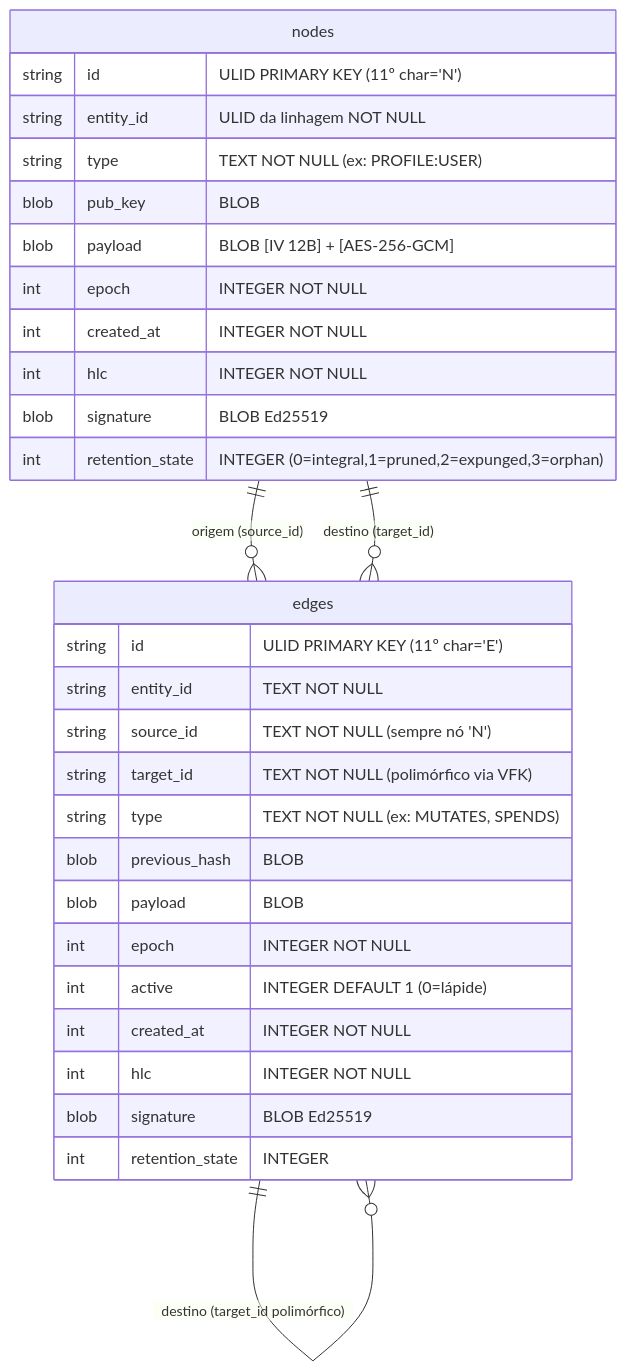
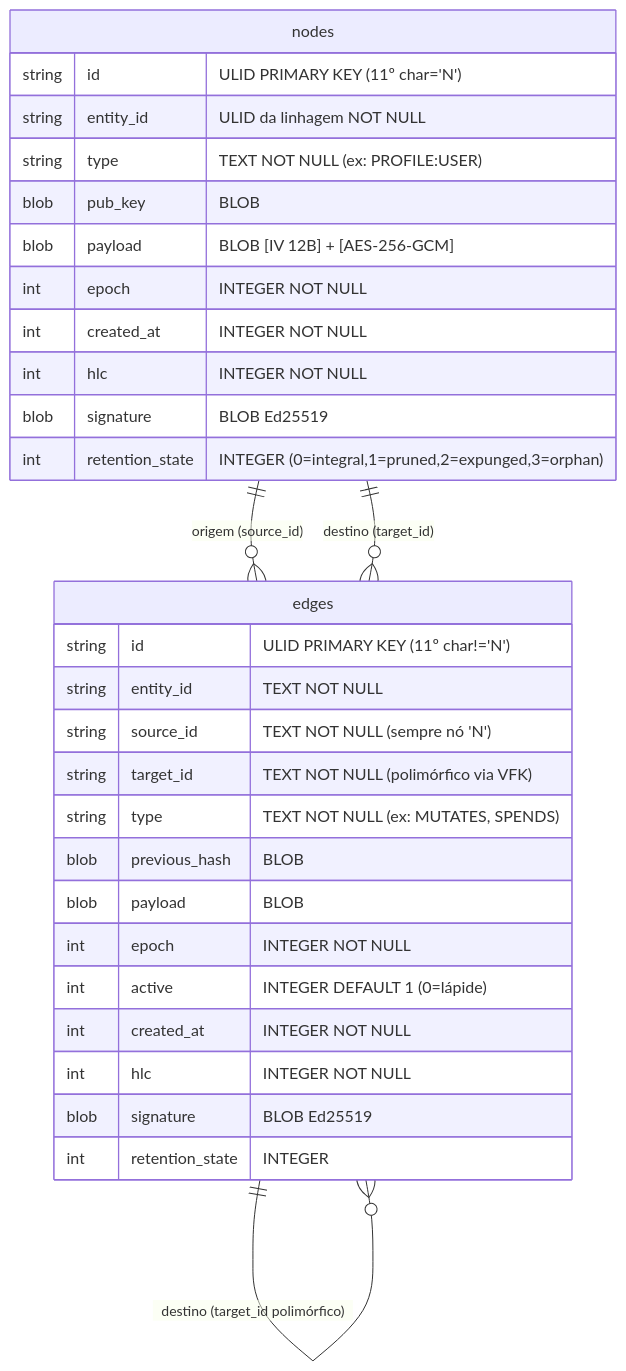
The second of 3 diagrams in docs/conceitos/visao-arquitetural.md (IsraelZG/specs-and-tasks), drawn with Mermaid before and after one commit. The commit also changed 14 other files, not shown here.

````diff
--- a/docs/conceitos/visao-arquitetural.md
+++ b/docs/conceitos/visao-arquitetural.md
@@ -58,35 +58,35 @@
 ```mermaid
 erDiagram
     nodes {
         string id "ULID PRIMARY KEY (11º char='N')"
         string entity_id "ULID da linhagem NOT NULL"
         string type "TEXT NOT NULL (ex: PROFILE:USER)"
         blob pub_key "BLOB"
         blob payload "BLOB [IV 12B] + [AES-256-GCM]"
         int epoch "INTEGER NOT NULL"
         int created_at "INTEGER NOT NULL"
         int hlc "INTEGER NOT NULL"
         blob signature "BLOB Ed25519"
         int retention_state "INTEGER (0=integral,1=pruned,2=expunged,3=orphan)"
     }
 
     edges {
-        string id "ULID PRIMARY KEY (11º char='E')"
+        string id "ULID PRIMARY KEY (11º char!='N')"
         string entity_id "TEXT NOT NULL"
         string source_id "TEXT NOT NULL (sempre nó 'N')"
         string target_id "TEXT NOT NULL (polimórfico via VFK)"
         string type "TEXT NOT NULL (ex: MUTATES, SPENDS)"
         blob previous_hash "BLOB"
         blob payload "BLOB"
         int epoch "INTEGER NOT NULL"
         int active "INTEGER DEFAULT 1 (0=lápide)"
         int created_at "INTEGER NOT NULL"
         int hlc "INTEGER NOT NULL"
         blob signature "BLOB Ed25519"
         int retention_state "INTEGER"
     }
 
     nodes ||--o{ edges : "origem (source_id)"
     nodes ||--o{ edges : "destino (target_id)"
     edges ||--o{ edges : "destino (target_id polimórfico)"
 ```
````
